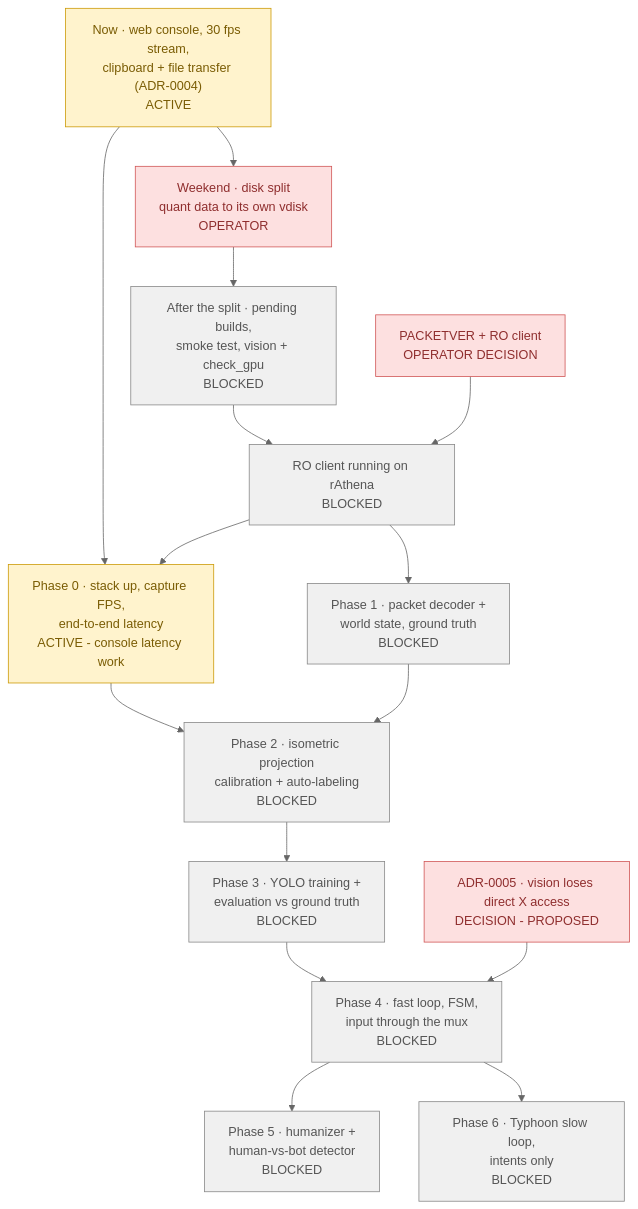
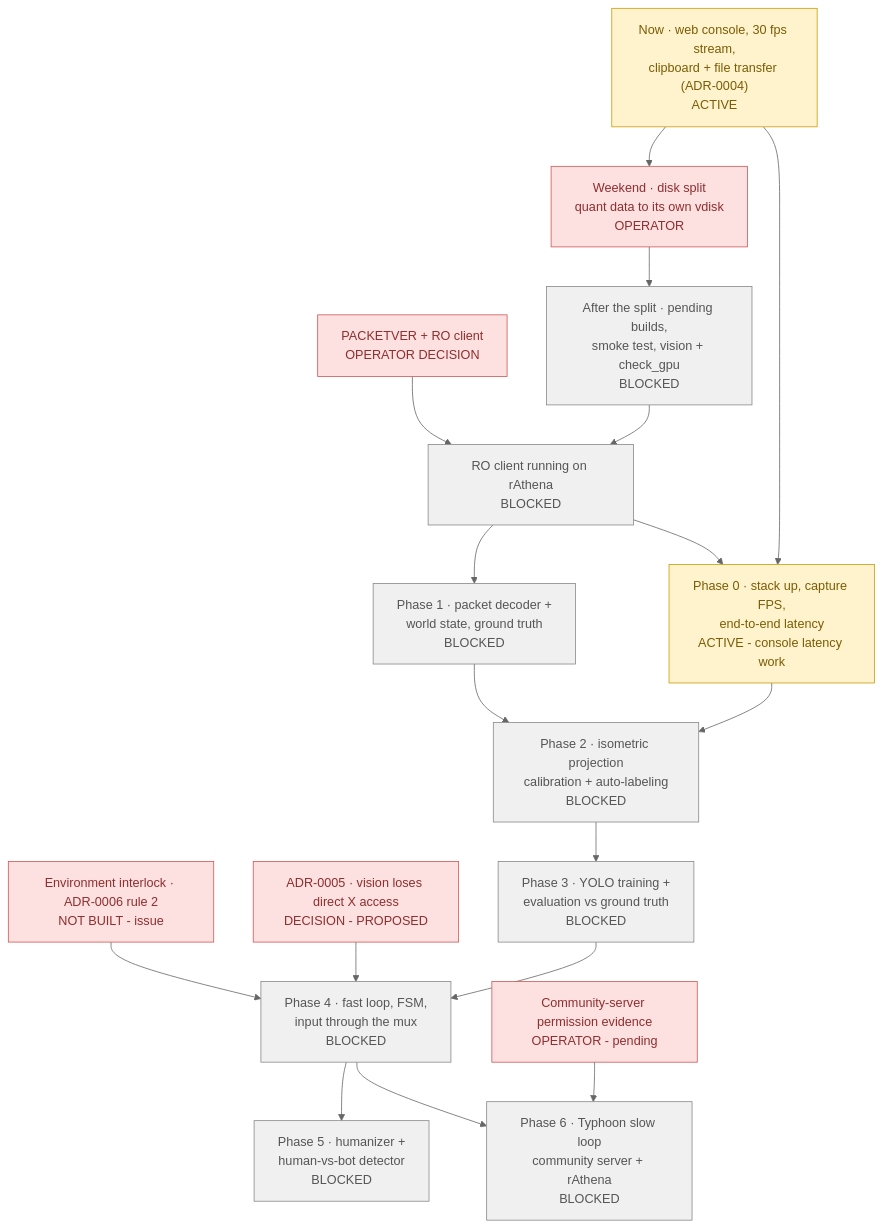
The diagram in docs/ROADMAP.md (lumduan/poring-lab), drawn with Mermaid (neutral theme) before and after one commit. The commit also changed other lines of this file and 6 other files, not shown here.

````diff
--- a/docs/ROADMAP.md
+++ b/docs/ROADMAP.md
@@ -11,39 +11,43 @@
 ```mermaid
 flowchart TD
     N1["Now · web console, 30 fps stream,<br/>clipboard + file transfer (ADR-0004)<br/>ACTIVE"]
     N2["Weekend · disk split<br/>quant data to its own vdisk<br/>OPERATOR"]
     N3["After the split · pending builds,<br/>smoke test, vision + check_gpu<br/>BLOCKED"]
     D1["PACKETVER + RO client<br/>OPERATOR DECISION"]
     S1["RO client running on rAthena<br/>BLOCKED"]
     D2["ADR-0005 · vision loses direct X access<br/>DECISION - PROPOSED"]
+    D3["Environment interlock · ADR-0006 rule 2<br/>NOT BUILT - issue"]
+    E1["Community-server permission evidence<br/>OPERATOR - pending"]
     P0["Phase 0 · stack up, capture FPS,<br/>end-to-end latency<br/>ACTIVE - console latency work"]
     P1["Phase 1 · packet decoder +<br/>world state, ground truth<br/>BLOCKED"]
     P2["Phase 2 · isometric projection<br/>calibration + auto-labeling<br/>BLOCKED"]
     P3["Phase 3 · YOLO training +<br/>evaluation vs ground truth<br/>BLOCKED"]
     P4["Phase 4 · fast loop, FSM,<br/>input through the mux<br/>BLOCKED"]
     P5["Phase 5 · humanizer +<br/>human-vs-bot detector<br/>BLOCKED"]
-    P6["Phase 6 · Typhoon slow loop,<br/>intents only<br/>BLOCKED"]
+    P6["Phase 6 · Typhoon slow loop<br/>community server + rAthena<br/>BLOCKED"]
 
     N1 --> N2 --> N3 --> S1
     D1 --> S1
     N1 --> P0
     S1 --> P0
     S1 --> P1
     P0 --> P2
     P1 --> P2
     P2 --> P3 --> P4
     D2 --> P4
+    D3 --> P4
+    E1 --> P6
     P4 --> P5
     P4 --> P6
 
     classDef done     fill:#d4f4dd,stroke:#2d8a4e,color:#1a5c33
     classDef active   fill:#fff3cd,stroke:#cc9a06,color:#7a5c04
     classDef ready    fill:#d6e9ff,stroke:#3b7dd8,color:#1e4d8f
     classDef blocked  fill:#f0f0f0,stroke:#888,color:#555
     classDef decision fill:#fde0e0,stroke:#d05555,color:#8f2e2e
     classDef goal     fill:#ede0fb,stroke:#8a5cd8,color:#4d2e8f
 
     class N1,P0 active
-    class N2,D1,D2 decision
+    class N2,D1,D2,D3,E1 decision
     class N3,S1,P1,P2,P3,P4,P5,P6 blocked
 ```
````
